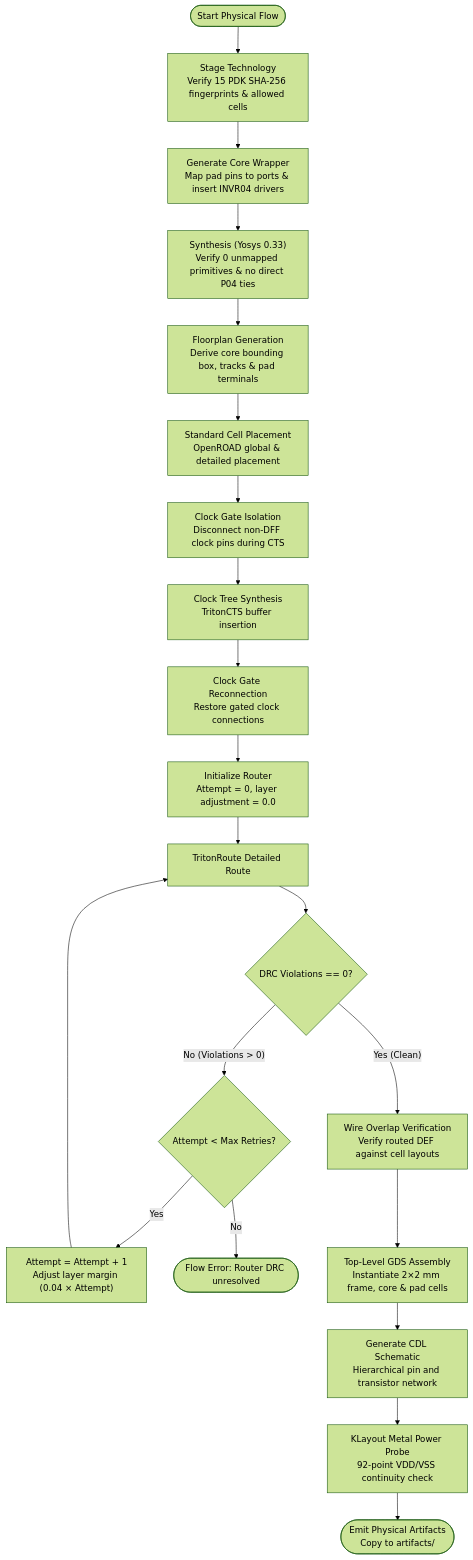
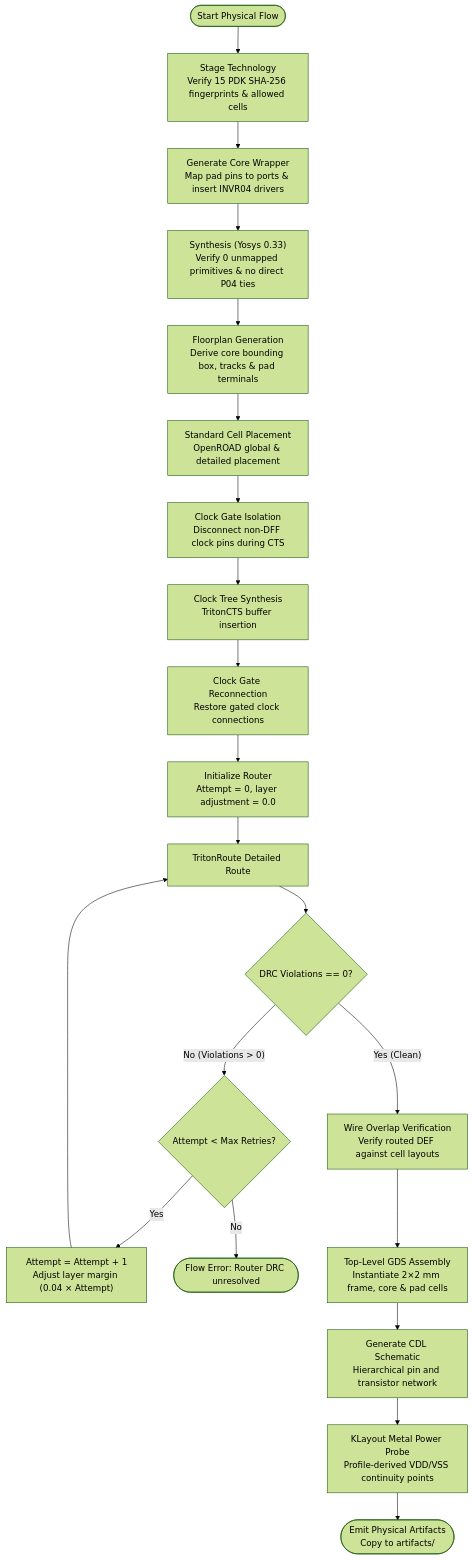
The fourth of 4 diagrams in README.md (noslacklabs/tapeout-automation), drawn with Mermaid (forest theme) before and after one commit. The commit also changed other lines of this file and 5 other files, not shown here.

````diff
--- a/README.md
+++ b/README.md
@@ -166,26 +159,26 @@
 ```mermaid
 flowchart TD
     START(["Start Physical Flow"]) --> TECH["Stage Technology<br/>Verify 15 PDK SHA-256 fingerprints & allowed cells"]
     TECH --> WRAP["Generate Core Wrapper<br/>Map pad pins to ports & insert INVR04 drivers"]
     WRAP --> SYNTH["Synthesis (Yosys 0.33)<br/>Verify 0 unmapped primitives & no direct P04 ties"]
     SYNTH --> FP["Floorplan Generation<br/>Derive core bounding box, tracks & pad terminals"]
     FP --> PLACE["Standard Cell Placement<br/>OpenROAD global & detailed placement"]
     PLACE --> CTS_ISO["Clock Gate Isolation<br/>Disconnect non-DFF clock pins during CTS"]
     CTS_ISO --> CTS["Clock Tree Synthesis<br/>TritonCTS buffer insertion"]
     CTS --> CTS_RECONN["Clock Gate Reconnection<br/>Restore gated clock connections"]
     CTS_RECONN --> ROUTE_INIT["Initialize Router<br/>Attempt = 0, layer adjustment = 0.0"]
 
     ROUTE_INIT --> ROUTE_EXEC["TritonRoute Detailed Route"]
     ROUTE_EXEC --> ROUTE_EVAL{"DRC Violations == 0?"}
 
     ROUTE_EVAL -- "Yes (Clean)" --> WIRE_CHECK["Wire Overlap Verification<br/>Verify routed DEF against cell layouts"]
     ROUTE_EVAL -- "No (Violations > 0)" --> RETRY_CHECK{"Attempt < Max Retries?"}
 
     RETRY_CHECK -- "Yes" --> RETRY_INC["Attempt = Attempt + 1<br/>Adjust layer margin (0.04 × Attempt)"] --> ROUTE_EXEC
     RETRY_CHECK -- "No" --> FAIL(["Flow Error: Router DRC unresolved"])
 
     WIRE_CHECK --> ASM["Top-Level GDS Assembly<br/>Instantiate 2×2 mm frame, core & pad cells"]
     ASM --> CDL_GEN["Generate CDL Schematic<br/>Hierarchical pin and transistor network"]
-    CDL_GEN --> PWR_CHECK["KLayout Metal Power Probe<br/>92-point VDD/VSS continuity check"]
+    CDL_GEN --> PWR_CHECK["KLayout Metal Power Probe<br/>Profile-derived VDD/VSS continuity points"]
     PWR_CHECK --> EMIT(["Emit Physical Artifacts<br/>Copy to artifacts/"])
 ```
````
